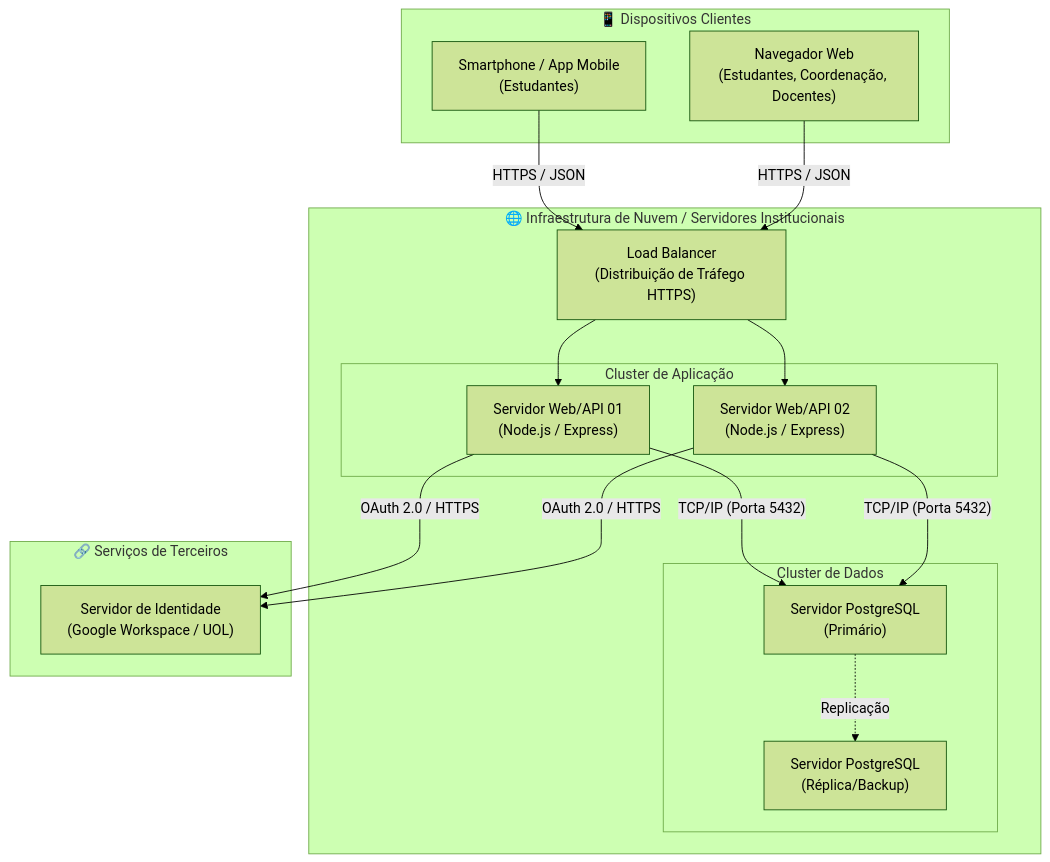
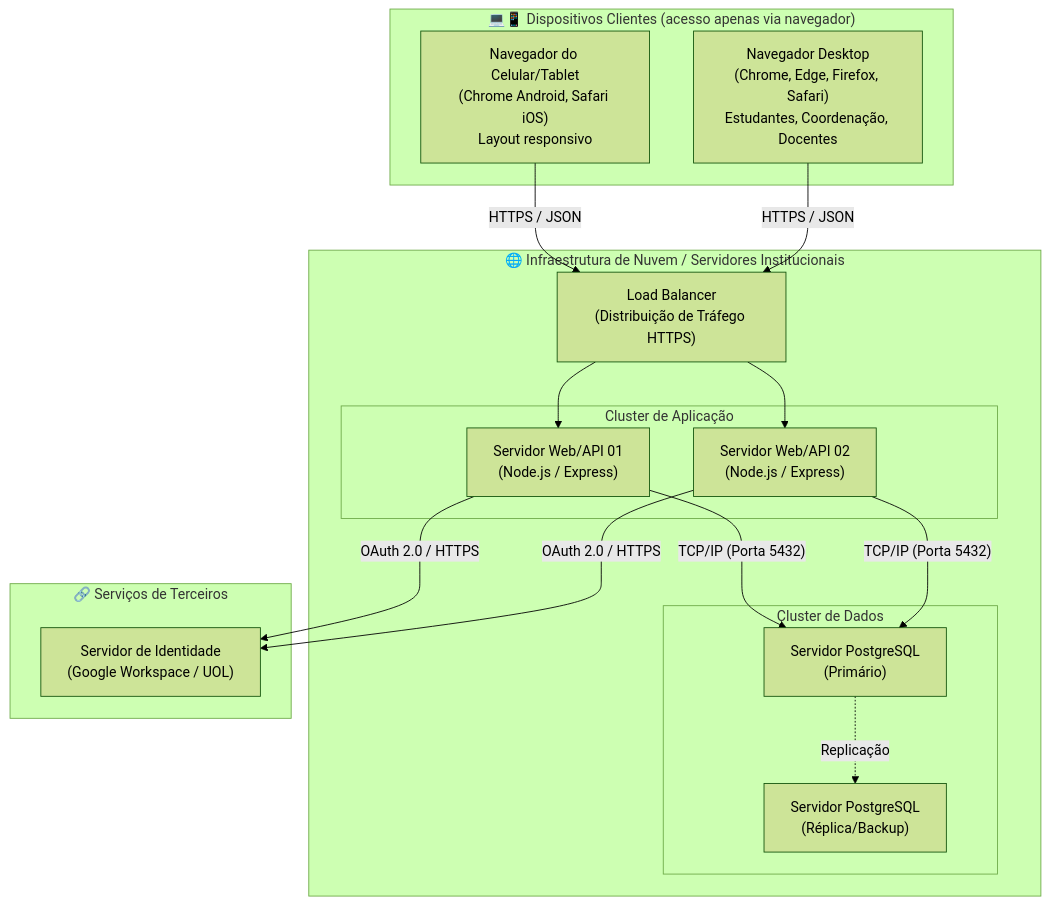
Before and after one commit to Petroievysk/requisitos-2026-02-EQUIPE01: the third of 4 diagrams in docs/p1/02_diagramas_uml.md, drawn with Mermaid (forest theme). The commit also changed other lines of this file, not shown here.

First line of the commit message:
Revise UML diagrams for responsive web application

````diff
--- a/docs/p1/02_diagramas_uml.md
+++ b/docs/p1/02_diagramas_uml.md
@@ -106,39 +111,39 @@
 ```mermaid
 graph TB
-    subgraph Dispositivos_Clientes["📱 Dispositivos Clientes"]
-        Mobile["Smartphone / App Mobile<br/>(Estudantes)"]
-        Desktop["Navegador Web<br/>(Estudantes, Coordenação, Docentes)"]
+    subgraph Dispositivos_Clientes["💻📱 Dispositivos Clientes (acesso apenas via navegador)"]
+        Mobile["Navegador do Celular/Tablet<br/>(Chrome Android, Safari iOS)<br/>Layout responsivo"]
+        Desktop["Navegador Desktop<br/>(Chrome, Edge, Firefox, Safari)<br/>Estudantes, Coordenação, Docentes"]
     end
-    
+
     subgraph Nuvem_Institucional["🌐 Infraestrutura de Nuvem / Servidores Institucionais"]
         LoadBalancer["Load Balancer<br/>(Distribuição de Tráfego HTTPS)"]
-        
+
         subgraph Cluster_Aplicacao["Cluster de Aplicação"]
             Node1["Servidor Web/API 01<br/>(Node.js / Express)"]
             Node2["Servidor Web/API 02<br/>(Node.js / Express)"]
         end
-        
+
         subgraph Cluster_Banco["Cluster de Dados"]
             DB_Primary["Servidor PostgreSQL<br/>(Primário)"]
             DB_Replica["Servidor PostgreSQL<br/>(Réplica/Backup)"]
         end
     end
-    
+
     subgraph Servicos_Externos["🔗 Serviços de Terceiros"]
         GoogleSSO["Servidor de Identidade<br/>(Google Workspace / UOL)"]
     end
-    
+
     %% Comunicações
     Mobile -- "HTTPS / JSON" --> LoadBalancer
     Desktop -- "HTTPS / JSON" --> LoadBalancer
-    
+
     LoadBalancer --> Node1
     LoadBalancer --> Node2
-    
+
     Node1 -- "TCP/IP (Porta 5432)" --> DB_Primary
     Node2 -- "TCP/IP (Porta 5432)" --> DB_Primary
     DB_Primary -. "Replicação" .-> DB_Replica
-    
+
     Node1 -- "OAuth 2.0 / HTTPS" --> GoogleSSO
     Node2 -- "OAuth 2.0 / HTTPS" --> GoogleSSO
 ```
````
